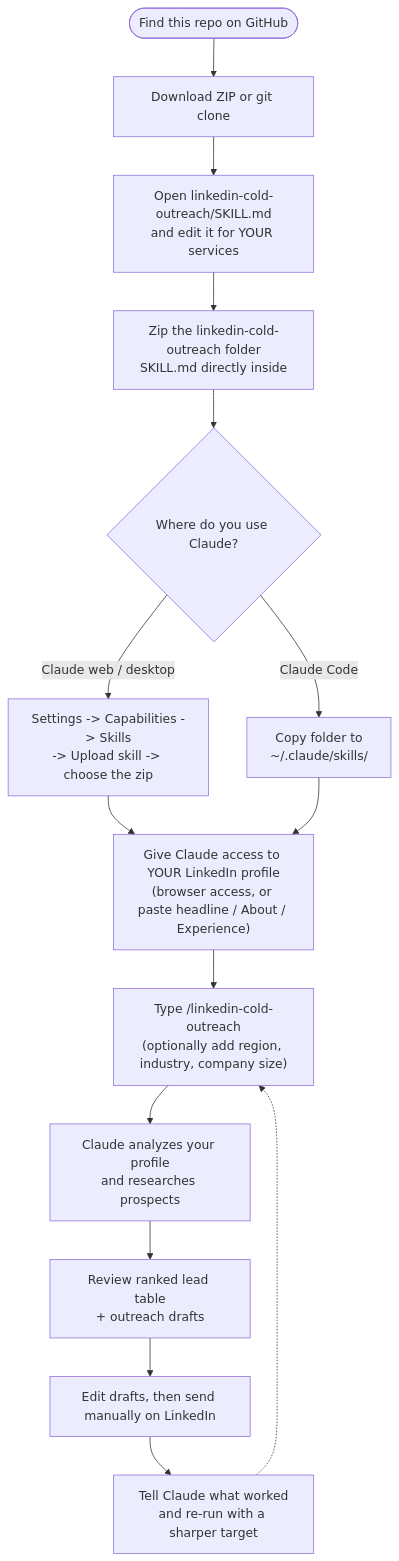
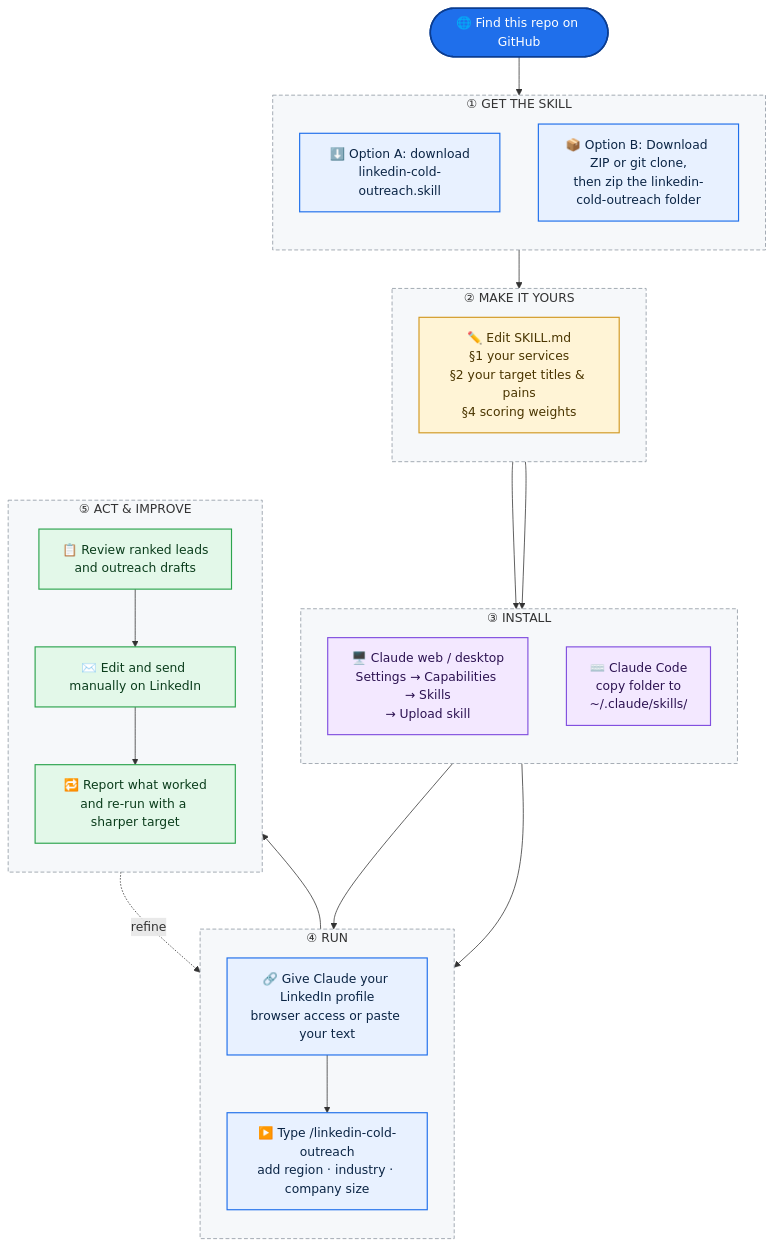
One commit to usmansafdar09/LinkedIn-Cold-Outreach changed the second of 2 diagrams in README.md. Above: the diagram before and after it, drawn with Mermaid. The commit also changed other lines of this file, not shown here.

````diff
--- a/README.md
+++ b/README.md
@@ -63,17 +99,63 @@
 ```mermaid
-flowchart TD
-    A([Find this repo on GitHub]) --> B[Download ZIP or git clone]
-    B --> C["Open linkedin-cold-outreach/SKILL.md<br/>and edit it for YOUR services"]
-    C --> D["Zip the linkedin-cold-outreach folder<br/>SKILL.md directly inside"]
-    D --> E{Where do you use Claude?}
-    E -- "Claude web / desktop" --> F["Settings -> Capabilities -> Skills<br/>-> Upload skill -> choose the zip"]
-    E -- "Claude Code" --> G["Copy folder to<br/>~/.claude/skills/"]
-    F --> H["Give Claude access to YOUR LinkedIn profile<br/>(browser access, or paste headline / About / Experience)"]
-    G --> H
-    H --> I["Type /linkedin-cold-outreach<br/>(optionally add region, industry, company size)"]
-    I --> J["Claude analyzes your profile<br/>and researches prospects"]
-    J --> K["Review ranked lead table<br/>+ outreach drafts"]
-    K --> L["Edit drafts, then send manually on LinkedIn"]
-    L --> M["Tell Claude what worked<br/>and re-run with a sharper target"]
-    M -.-> I
+flowchart TB
+    START(["🌐 Find this repo on GitHub"])
+
+    subgraph G1["① GET THE SKILL"]
+        direction TB
+        A1["⬇️ Option A: download<br/>linkedin-cold-outreach.skill"]
+        A2["📦 Option B: Download ZIP or git clone,<br/>then zip the linkedin-cold-outreach folder"]
+    end
+
+    subgraph G2["② MAKE IT YOURS"]
+        direction TB
+        B1["✏️ Edit SKILL.md<br/>§1 your services<br/>§2 your target titles & pains<br/>§4 scoring weights"]
+    end
+
+    subgraph G3["③ INSTALL"]
+        direction TB
+        C1["🖥️ Claude web / desktop<br/>Settings → Capabilities → Skills<br/>→ Upload skill"]
+        C2["⌨️ Claude Code<br/>copy folder to<br/>~/.claude/skills/"]
+    end
+
+    subgraph G4["④ RUN"]
+        direction TB
+        D1["🔗 Give Claude your LinkedIn profile<br/>browser access or paste your text"]
+        D2["▶️ Type /linkedin-cold-outreach<br/>add region · industry · company size"]
+        D1 --> D2
+    end
+
+    subgraph G5["⑤ ACT & IMPROVE"]
+        direction TB
+        E1["📋 Review ranked leads<br/>and outreach drafts"]
+        E2["✉️ Edit and send manually on LinkedIn"]
+        E3["🔁 Report what worked<br/>and re-run with a sharper target"]
+        E1 --> E2 --> E3
+    end
+
+    START --> G1 --> G2
+    G2 --> C1
+    G2 --> C2
+    C1 --> G4
+    C2 --> G4
+    G4 --> G5
+    E3 -. "refine" .-> D2
+
+    classDef start fill:#1f6feb,stroke:#0b3d91,color:#ffffff,stroke-width:2px
+    classDef step fill:#e8f1ff,stroke:#1f6feb,color:#0b2545,stroke-width:1.5px
+    classDef edit fill:#fff4d6,stroke:#d29922,color:#4a3500,stroke-width:1.5px
+    classDef install fill:#f3e8ff,stroke:#8250df,color:#2d1352,stroke-width:1.5px
+    classDef out fill:#e3f8e9,stroke:#2da44e,color:#0b3d1c,stroke-width:1.5px
+
+    class START start
+    class A1,A2 step
+    class B1 edit
+    class C1,C2 install
+    class D1,D2 step
+    class E1,E2,E3 out
+
+    style G1 fill:#f6f8fa,stroke:#8c959f,stroke-dasharray: 5 3
+    style G2 fill:#f6f8fa,stroke:#8c959f,stroke-dasharray: 5 3
+    style G3 fill:#f6f8fa,stroke:#8c959f,stroke-dasharray: 5 3
+    style G4 fill:#f6f8fa,stroke:#8c959f,stroke-dasharray: 5 3
+    style G5 fill:#f6f8fa,stroke:#8c959f,stroke-dasharray: 5 3
 ```
````
